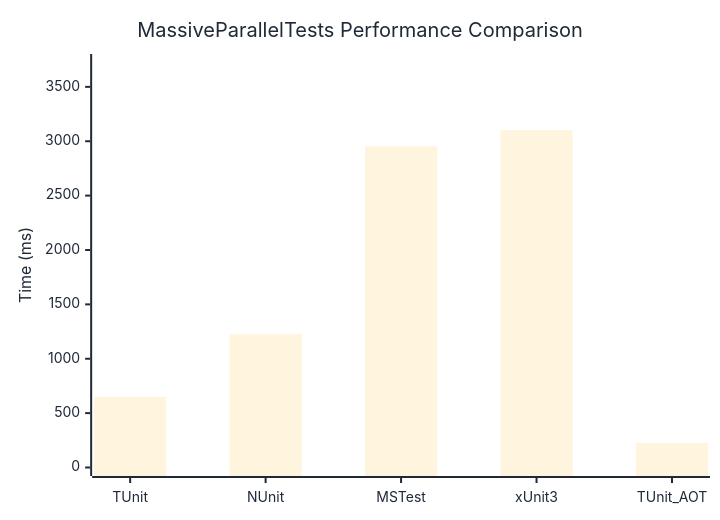
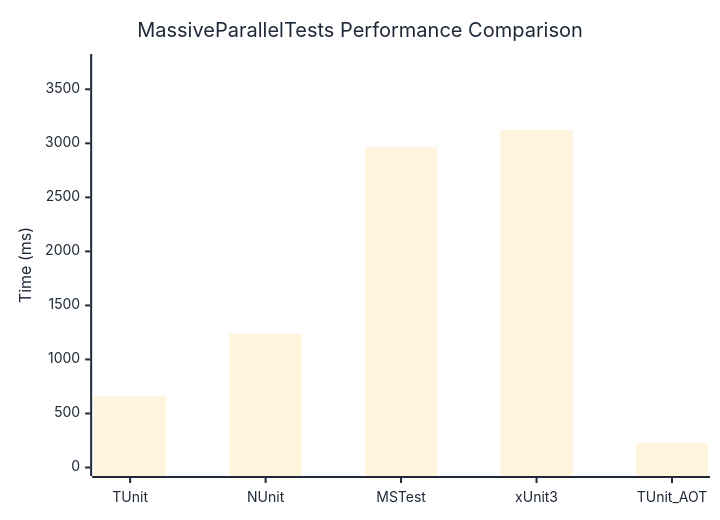
One commit to weiyilai/TUnit changed the diagram in docs/docs/benchmarks/MassiveParallelTests.md. Above: the diagram before and after it, drawn with Mermaid. The commit also changed other lines of this file and 17 other files, not shown here.

````diff
--- a/docs/docs/benchmarks/MassiveParallelTests.md
+++ b/docs/docs/benchmarks/MassiveParallelTests.md
@@ -27,37 +27,37 @@
 ```mermaid
 %%{init: {
   'theme':'base',
   'themeVariables': {
     'primaryColor': '#2563eb',
     'primaryTextColor': '#1f2937',
     'primaryBorderColor': '#1e40af',
     'lineColor': '#6b7280',
     'secondaryColor': '#7c3aed',
     'tertiaryColor': '#dc2626',
     'background': '#ffffff',
     'mainBkg': '#2563eb',
     'secondBkg': '#7c3aed',
     'tertiaryBkg': '#dc2626',
     'clusterBkg': '#f3f4f6',
     'edgeLabelBackground': '#ffffff',
     'tertiaryTextColor': '#1f2937',
     'pie1': '#2563eb',
     'pie2': '#7c3aed',
     'pie3': '#dc2626',
     'pie4': '#f59e0b',
     'pie5': '#10b981',
     'pie6': '#06b6d4',
     'pie7': '#ec4899',
     'pie8': '#6366f1',
     'pie9': '#84cc16',
     'pie10': '#f97316',
     'pie11': '#14b8a6',
     'pie12': '#a855f7'
   }
 }}%%
 xychart-beta
   title "MassiveParallelTests Performance Comparison"
   x-axis ["TUnit", "NUnit", "MSTest", "xUnit3", "TUnit_AOT"]
-  y-axis "Time (ms)" 0 --> 3724
-  bar [647.6, 1225, 2952.3, 3103, 226.6]
+  y-axis "Time (ms)" 0 --> 3748
+  bar [658.4, 1238.9, 2964.1, 3123, 226.1]
 ```
````
